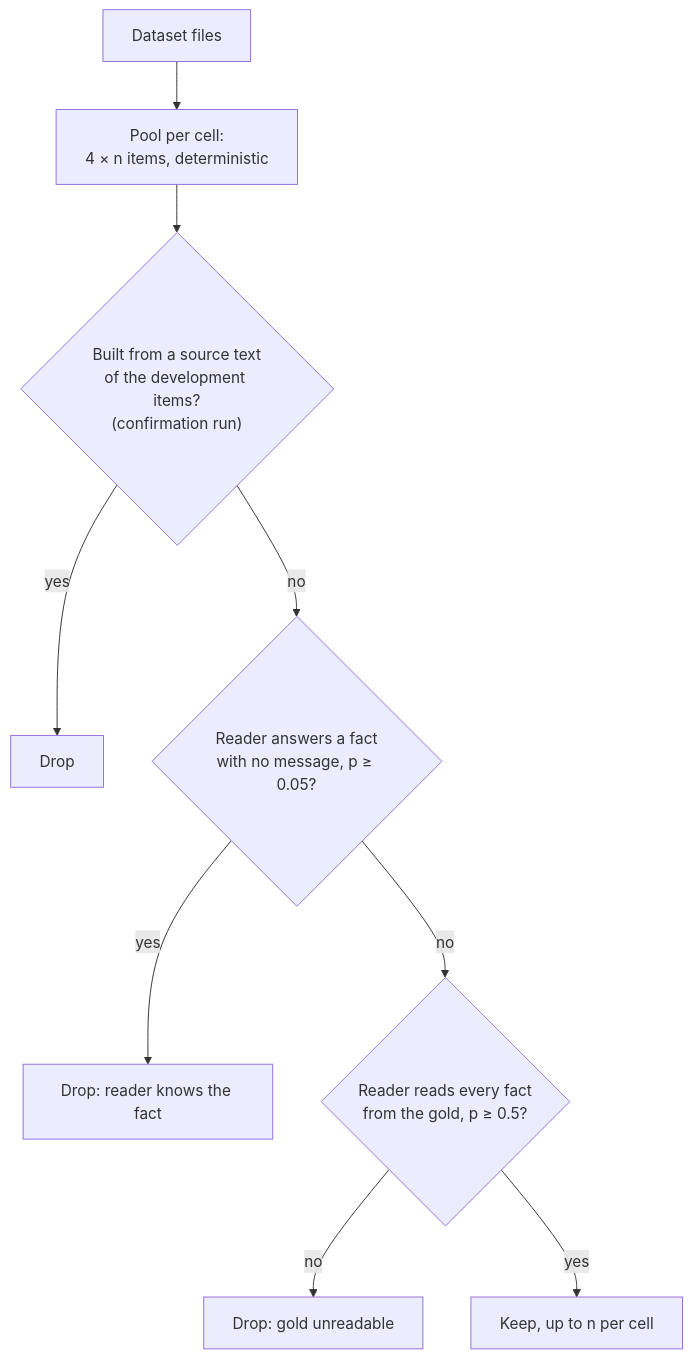
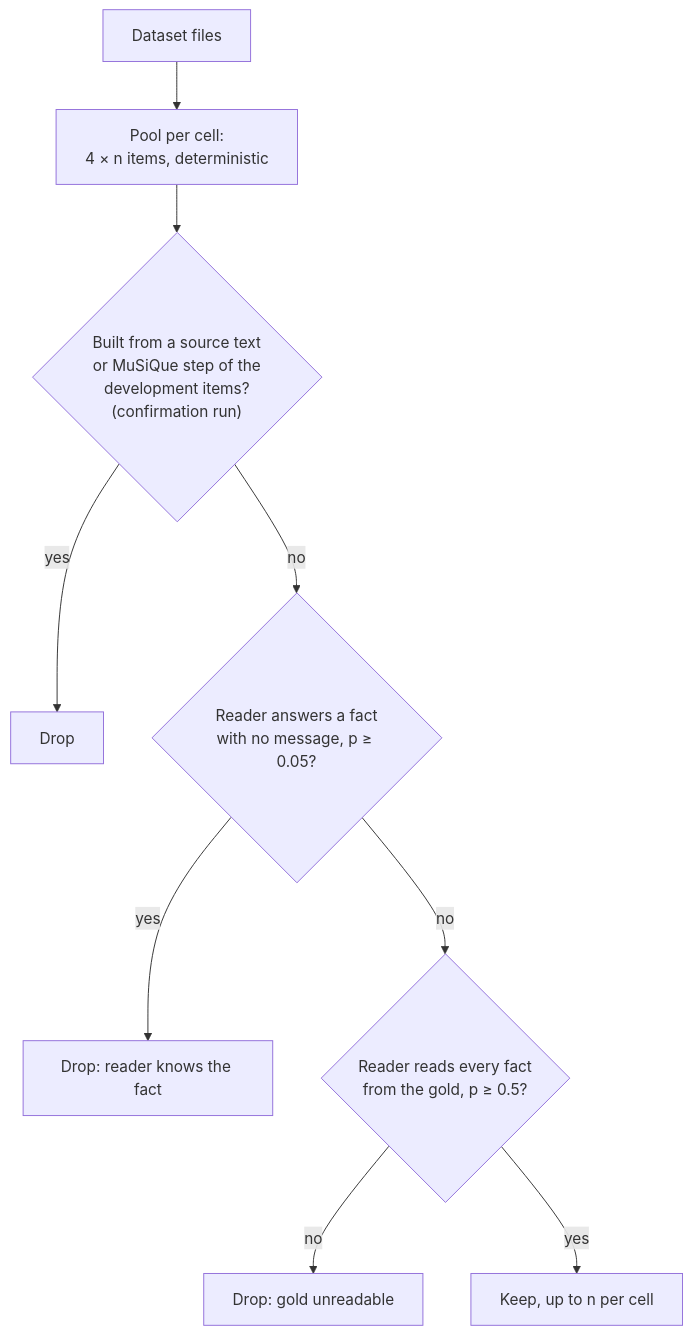
Before and after one commit to DanielVyazhev/llm-water-map: the second of 2 diagrams in docs/benchmark.md, drawn with Mermaid. The commit also changed other lines of this file and 72 other files, not shown here.

````diff
--- a/docs/benchmark.md
+++ b/docs/benchmark.md
@@ -104,11 +111,11 @@
 ```mermaid
 flowchart TD
     S["Dataset files"] --> P["Pool per cell:<br>4 × n items, deterministic"]
-    P --> X{"Built from a source text<br>of the development items?<br>(confirmation run)"}
+    P --> X{"Built from a source text<br>or MuSiQue step of the<br>development items?<br>(confirmation run)"}
     X -->|yes| D1["Drop"]
     X -->|no| K{"Reader answers a fact<br>with no message, p ≥ 0.05?"}
     K -->|yes| D2["Drop: reader knows the fact"]
     K -->|no| G{"Reader reads every fact<br>from the gold, p ≥ 0.5?"}
     G -->|no| D3["Drop: gold unreadable"]
     G -->|yes| A["Keep, up to n per cell"]
 ```
````
